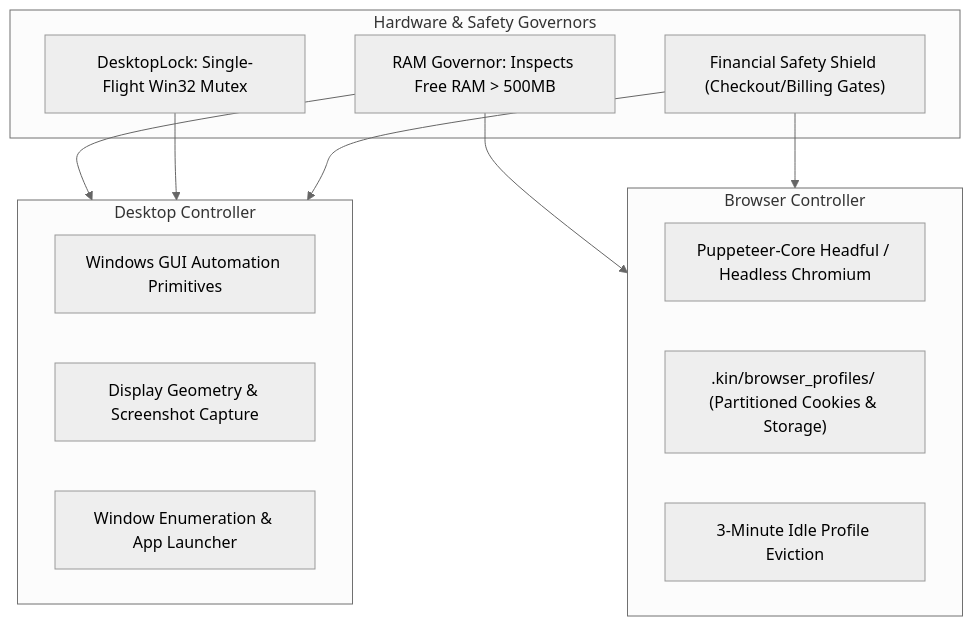
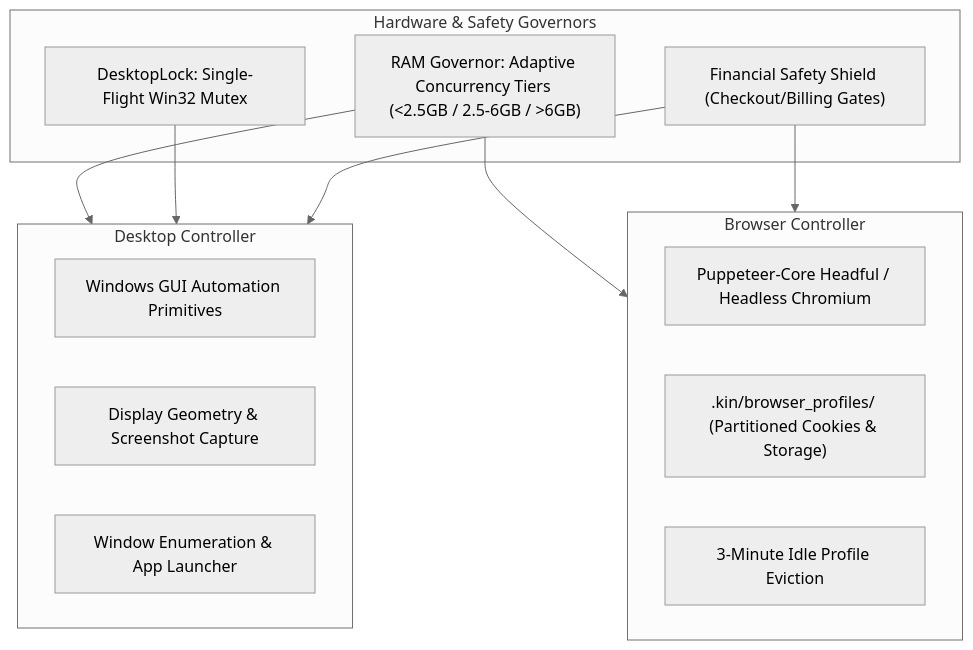
Before and after one commit to abhayzangir1/KIN: the fifth of 6 diagrams in docs/ARCHITECTURE.md, drawn with Mermaid (neutral theme). The commit also changed other lines of this file and 1 other file, not shown here.

Commit message:
docs: align architecture specification and readme with runtime governor tiers and compiler blocks

````diff
--- a/docs/ARCHITECTURE.md
+++ b/docs/ARCHITECTURE.md
@@ -227,26 +228,26 @@
 ```mermaid
 graph TD
     subgraph Governors["Hardware & Safety Governors"]
-        RAMGov["RAM Governor: Inspects Free RAM > 500MB"]
+        RAMGov["RAM Governor: Adaptive Concurrency Tiers (<2.5GB / 2.5-6GB / >6GB)"]
         MutexLock["DesktopLock: Single-Flight Win32 Mutex"]
         RiskShield["Financial Safety Shield (Checkout/Billing Gates)"]
     end
 
     subgraph DesktopAutomation["Desktop Controller"]
         WinAPI["Windows GUI Automation Primitives"]
         ScreenCap["Display Geometry & Screenshot Capture"]
         WindowList["Window Enumeration & App Launcher"]
     end
 
     subgraph BrowserAutomation["Browser Controller"]
         ChromiumDaemon["Puppeteer-Core Headful / Headless Chromium"]
         ProfilesDir[".kin/browser_profiles/<agentId> (Partitioned Cookies & Storage)"]
         IdleEvict["3-Minute Idle Profile Eviction"]
     end
 
     RAMGov --> DesktopAutomation
     RAMGov --> BrowserAutomation
     MutexLock --> DesktopAutomation
     RiskShield --> DesktopAutomation
     RiskShield --> BrowserAutomation
 ```
````
